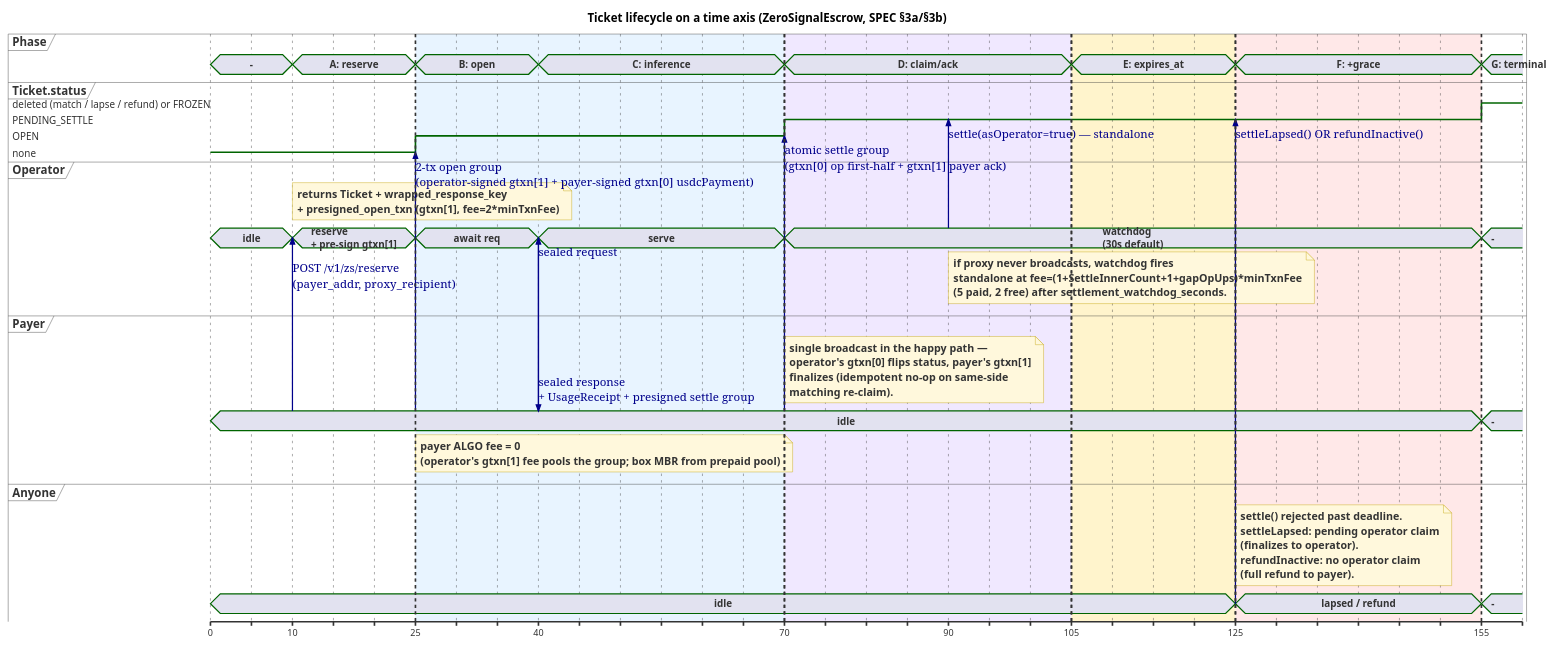
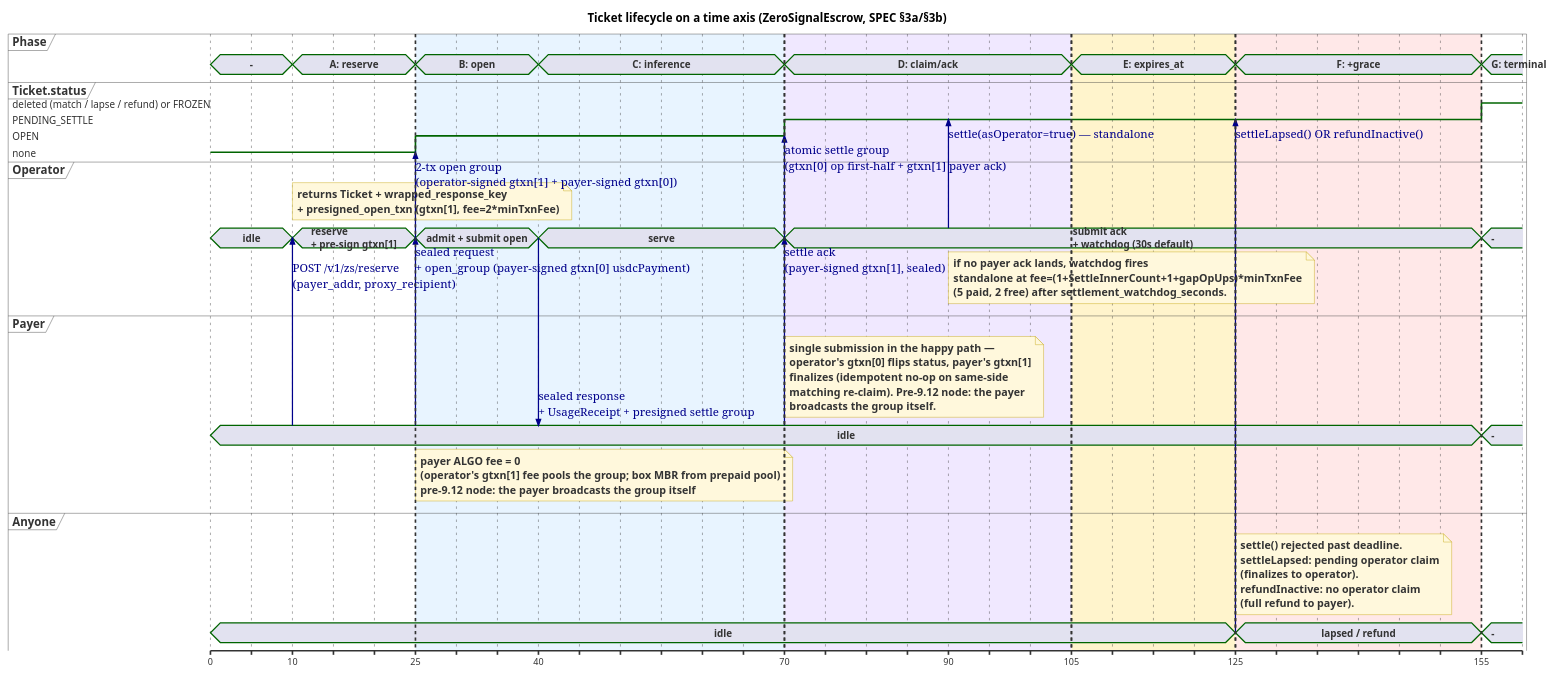
The diagram in docs/timeline-ticket-lifecycle.puml (TxnLab/zerosignal), drawn with PlantUML before and after one commit. The commit also changed other lines of this file and 12 other files, not shown here.

First line of the commit message:
escrow: refundInactive references the treasury; 9.12 diagrams (#35)

```diff
--- a/docs/timeline-ticket-lifecycle.puml
+++ b/docs/timeline-ticket-lifecycle.puml
@@ -99,71 +106,72 @@
 @startuml
 title Ticket lifecycle on a time axis (ZeroSignalEscrow, SPEC §3a/§3b)
 
 skinparam noteBackgroundColor #FFF8DC
 skinparam noteBorderColor #C0A000
 
 concise "Phase"         as PH
 robust  "Ticket.status" as TS
 concise "Operator"      as OP
 concise "Payer"         as PAY
 concise "Anyone"        as ANY
 
 @0
 PH is "-"
 TS is none
 OP is idle
 PAY is idle
 ANY is idle
 
 @10
 PH is "A: reserve"
 OP is "reserve\n+ pre-sign gtxn[1]"
 PAY -> OP : \nPOST /v1/zs/reserve\n(payer_addr, proxy_recipient)
 note top of OP : returns Ticket + wrapped_response_key\n+ presigned_open_txn (gtxn[1], fee=2*minTxnFee)
 
 @25
 PH is "B: open"
 TS is OPEN
-OP is "await req"
-PAY -> TS : 2-tx open group\n(operator-signed gtxn[1] + payer-signed gtxn[0] usdcPayment)
-note bottom of PAY : payer ALGO fee = 0\n(operator's gtxn[1] fee pools the group; box MBR from prepaid pool)
+OP is "admit + submit open"
+PAY -> OP : sealed request\n+ open_group (payer-signed gtxn[0] usdcPayment)
+OP -> TS : 2-tx open group\n(operator-signed gtxn[1] + payer-signed gtxn[0])
+note bottom of PAY : payer ALGO fee = 0\n(operator's gtxn[1] fee pools the group; box MBR from prepaid pool)\npre-9.12 node: the payer broadcasts the group itself
 
 @40
 PH is "C: inference"
 OP is serve
-PAY -> OP : sealed request
 OP -> PAY : sealed response\n+ UsageReceipt + presigned settle group
 
 @70
 PH is "D: claim/ack"
 TS is PENDING_SETTLE
-OP is "watchdog\n(30s default)"
-PAY -> TS : atomic settle group\n(gtxn[0] op first-half + gtxn[1] payer ack)
-note top of PAY : single broadcast in the happy path —\noperator's gtxn[0] flips status, payer's gtxn[1]\nfinalizes (idempotent no-op on same-side\nmatching re-claim).
+OP is "submit ack\n+ watchdog (30s default)"
+PAY -> OP : settle ack\n(payer-signed gtxn[1], sealed)
+OP -> TS : atomic settle group\n(gtxn[0] op first-half + gtxn[1] payer ack)
+note top of PAY : single submission in the happy path —\noperator's gtxn[0] flips status, payer's gtxn[1]\nfinalizes (idempotent no-op on same-side\nmatching re-claim). Pre-9.12 node: the payer\nbroadcasts the group itself.
 
 @90
-note bottom of OP : if proxy never broadcasts, watchdog fires\nstandalone at fee=(1+SettleInnerCount+1+gapOpUps)*minTxnFee\n(5 paid, 2 free) after settlement_watchdog_seconds.
+note bottom of OP : if no payer ack lands, watchdog fires\nstandalone at fee=(1+SettleInnerCount+1+gapOpUps)*minTxnFee\n(5 paid, 2 free) after settlement_watchdog_seconds.
 OP -> TS : settle(asOperator=true) — standalone
 
 @105
 PH is "E: expires_at"
 
 @125
 PH is "F: +grace"
 ANY is "lapsed / refund"
 ANY -> TS : settleLapsed() OR refundInactive()
 note top of ANY : settle() rejected past deadline.\nsettleLapsed: pending operator claim\n(finalizes to operator).\nrefundInactive: no operator claim\n(full refund to payer).
 
 @155
 PH is "G: terminal"
 TS is "deleted (match / lapse / refund) or FROZEN"
 OP is "-"
 PAY is "-"
 ANY is "-"
 
 highlight 25 to 70 #E8F4FF
 highlight 70 to 105 #F0E8FF
 highlight 105 to 125 #FFF4CC
 highlight 125 to 155 #FFE8E8
 
 @enduml
```
